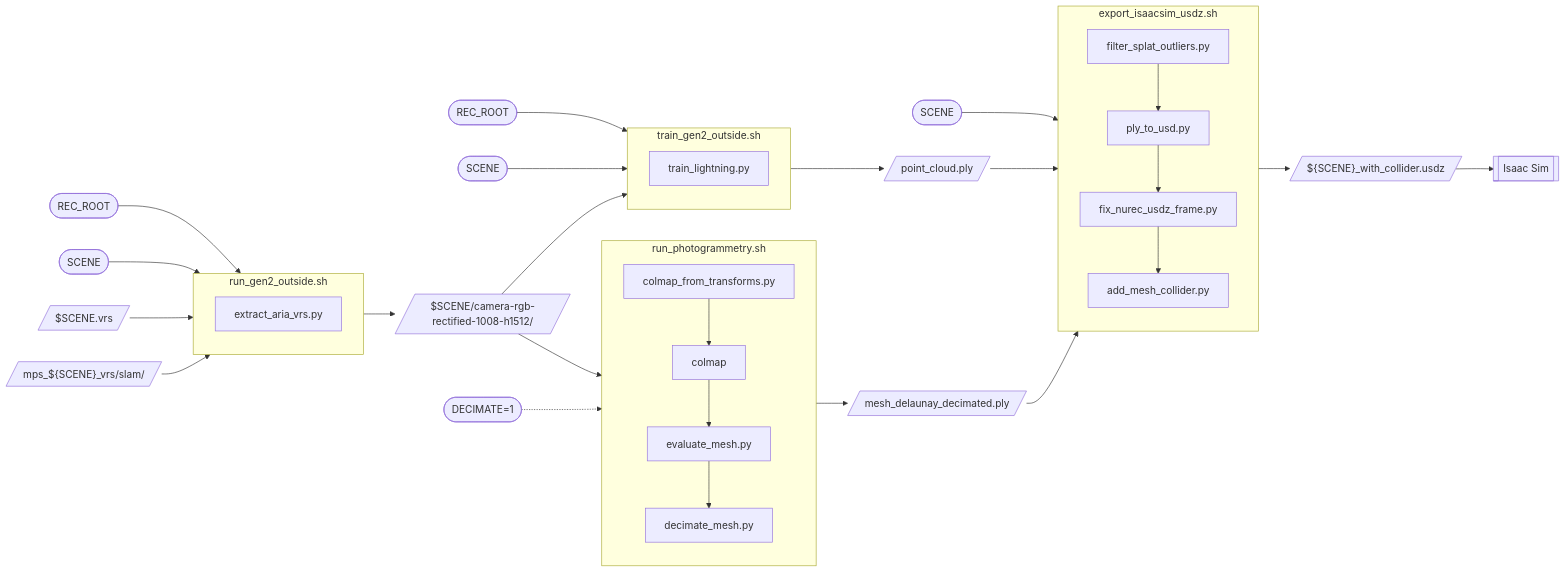
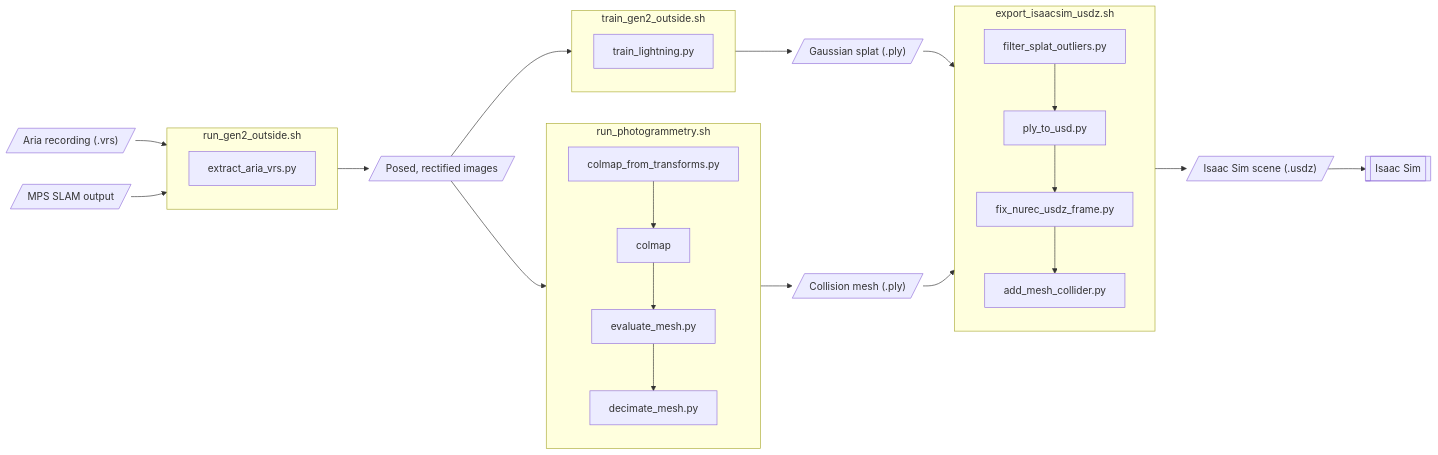
One commit to Aidan-Gildea/ContactSplat changed the diagram in README.md. Above: the diagram before and after it, drawn with Mermaid.

Commit message:
updated readme mermaid diagram

````diff
--- a/README.md
+++ b/README.md
@@ -47,44 +47,38 @@
 ```mermaid
 flowchart LR
-    rec(["REC_ROOT"]) --> S1
-    scn1(["SCENE"]) --> S1
-    vrs[/"$SCENE.vrs"/] --> S1
-    mps[/"mps_${SCENE}_vrs/slam/"/] --> S1
+    vrs[/"Aria recording (.vrs)"/] --> S1
+    mps[/"MPS SLAM output"/] --> S1
 
     subgraph S1["run_gen2_outside.sh"]
         p1["extract_aria_vrs.py"]
     end
 
-    S1 --> data[/"$SCENE/camera-rgb-rectified-1008-h1512/"/]
+    S1 --> data[/"Posed, rectified images"/]
 
-    rec2(["REC_ROOT"]) --> S2
-    scn2(["SCENE"]) --> S2
     data --> S2
 
     subgraph S2["train_gen2_outside.sh"]
         p2["train_lightning.py"]
     end
 
-    S2 --> ply[/"point_cloud.ply"/]
+    S2 --> ply[/"Gaussian splat (.ply)"/]
 
     data --> S3
-    dec(["DECIMATE=1"]) -.-> S3
 
     subgraph S3["run_photogrammetry.sh"]
         direction TB
         p3a["colmap_from_transforms.py"] --> p3b["colmap"] --> p3c["evaluate_mesh.py"] --> p3d["decimate_mesh.py"]
     end
 
-    S3 --> mesh[/"mesh_delaunay_decimated.ply"/]
+    S3 --> mesh[/"Collision mesh (.ply)"/]
 
-    scn4(["SCENE"]) --> S4
     ply --> S4
     mesh --> S4
 
     subgraph S4["export_isaacsim_usdz.sh"]
         direction TB
         p4a["filter_splat_outliers.py"] --> p4b["ply_to_usd.py"] --> p4c["fix_nurec_usdz_frame.py"] --> p4d["add_mesh_collider.py"]
     end
 
-    S4 --> usdz[/"${SCENE}_with_collider.usdz"/] --> sim[["Isaac Sim"]]
+    S4 --> usdz[/"Isaac Sim scene (.usdz)"/] --> sim[["Isaac Sim"]]
 ```
````
